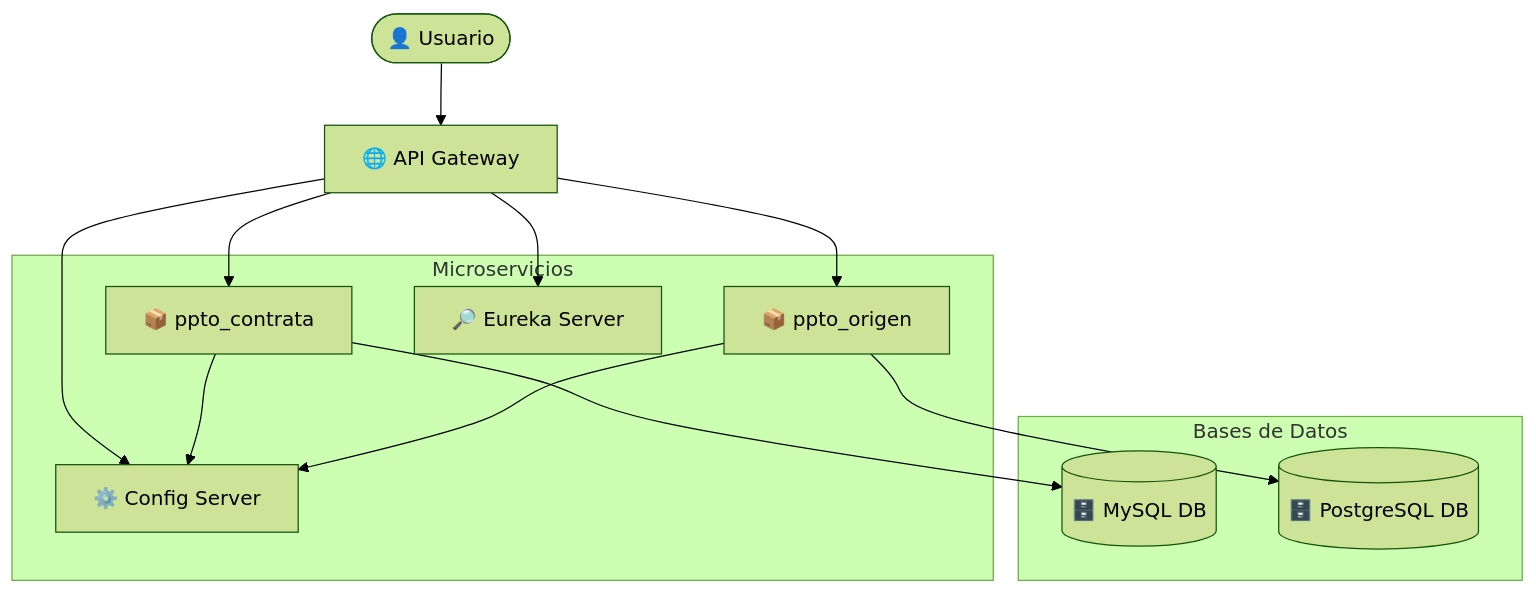
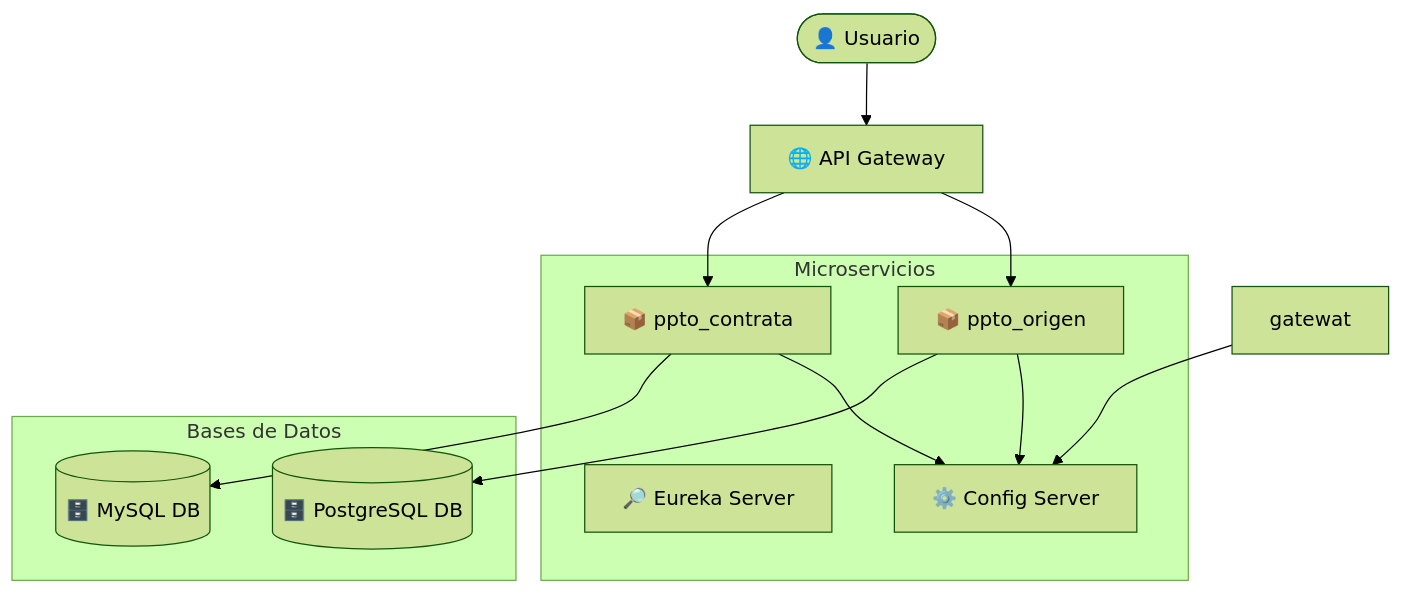
Before and after one commit to wilfredohuarotog/API-Gestion-de-presupuestos: the diagram in README.md, drawn with Mermaid (forest theme). The commit also changed other lines of this file, not shown here.

````diff
--- a/README.md
+++ b/README.md
@@ -40,26 +24,25 @@
 ```mermaid
 flowchart TD
     user([👤 Usuario]) --> gateway[🌐 API Gateway]
 
     subgraph Microservicios
         contrata[📦 ppto_contrata]
         origen[📦 ppto_origen]
         eureka[🔎 Eureka Server]
         config[⚙️ Config Server]
     end
 
     subgraph Bases de Datos
         mysql[(🗄️ MySQL DB)]
         postgres[(🗄️ PostgreSQL DB)]
     end
 
     gateway --> contrata
     gateway --> origen
-    gateway --> eureka
-    gateway --> config
 
     contrata --> mysql
     origen --> postgres
     contrata --> config
     origen --> config
+    gatewat -->config
 ```
````
